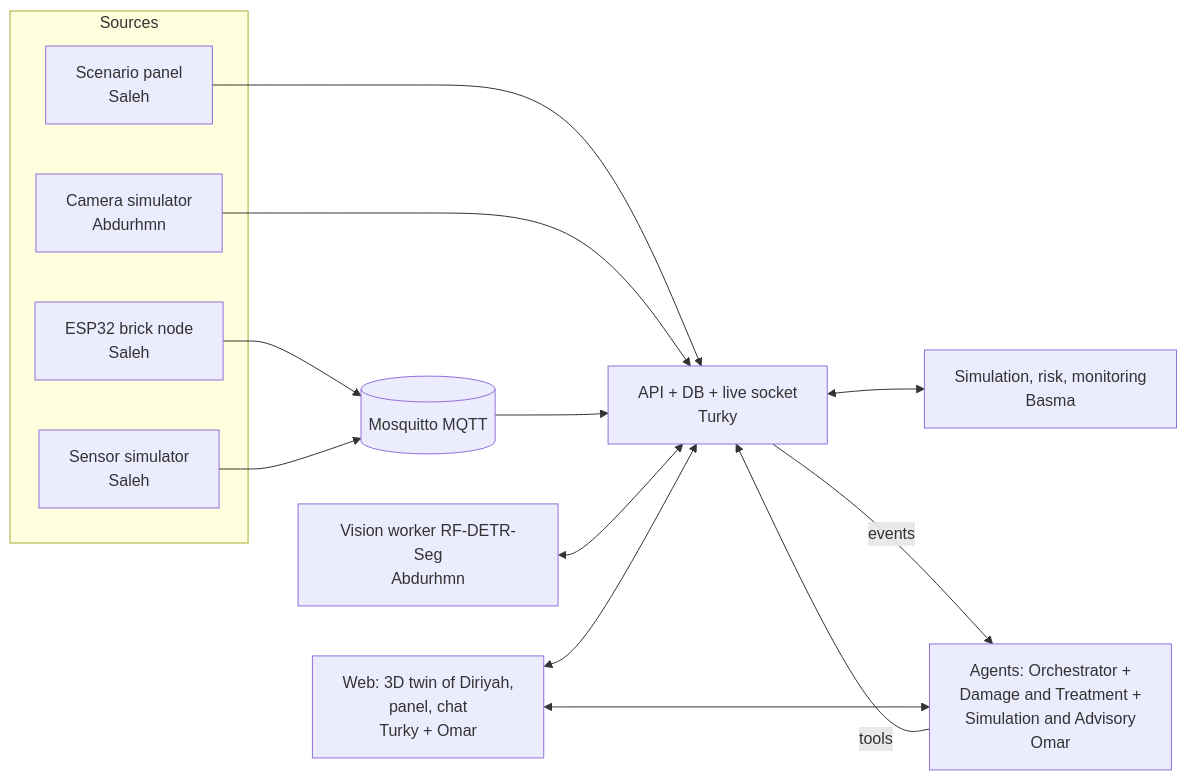
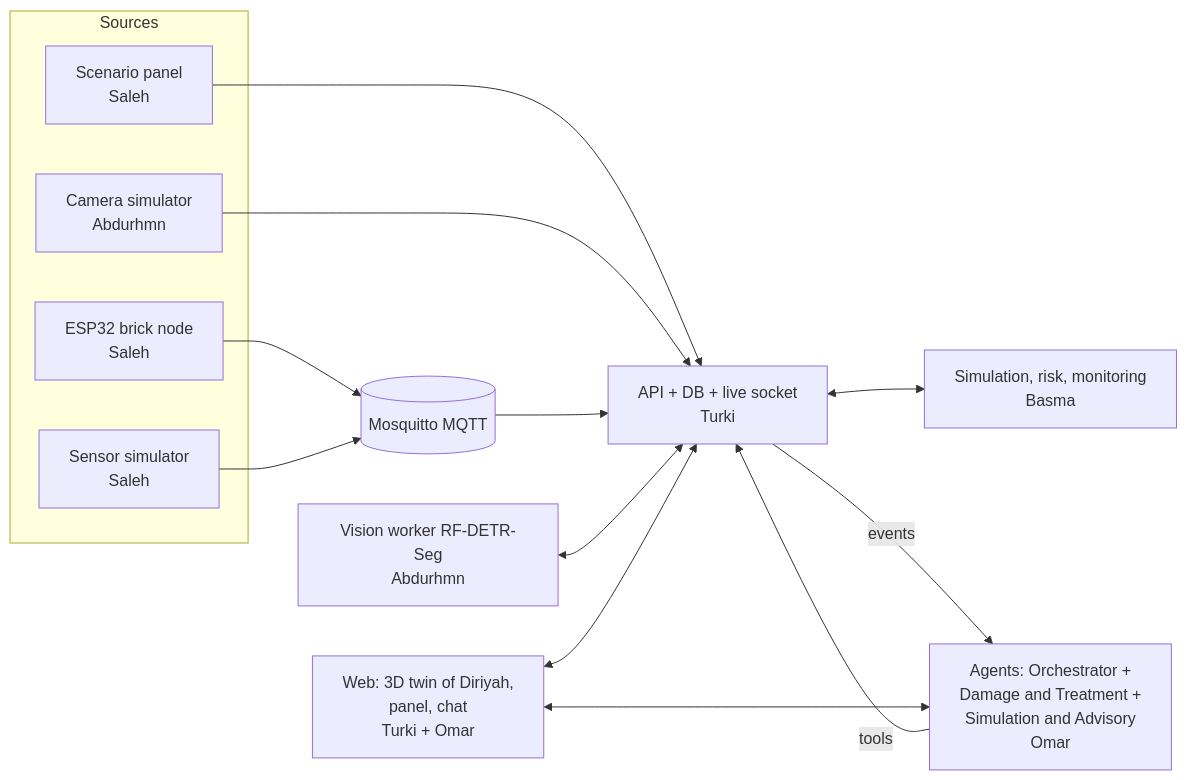
Before and after one commit to oShuail/Hadaq-AgentX: the diagram in README.md, drawn with Mermaid. The commit also changed other lines of this file and 13 other files, not shown here.

First line of the commit message:
Fix the spelling of Turki's name (was Turky)

````diff
--- a/README.md
+++ b/README.md
@@ -14,27 +14,27 @@
 ```mermaid
 flowchart LR
   subgraph Sources
     ESP[ESP32 brick node<br/>Saleh]
     SIM[Sensor simulator<br/>Saleh]
     CAM[Camera simulator<br/>Abdurhmn]
     PANEL[Scenario panel<br/>Saleh]
   end
   MQTT[(Mosquitto MQTT)]
-  API[API + DB + live socket<br/>Turky]
+  API[API + DB + live socket<br/>Turki]
   SIMENG[Simulation, risk, monitoring<br/>Basma]
   VIS[Vision worker RF-DETR-Seg<br/>Abdurhmn]
   AG[Agents: Orchestrator +<br/>Damage and Treatment +<br/>Simulation and Advisory<br/>Omar]
-  WEB[Web: 3D twin of Diriyah,<br/>panel, chat<br/>Turky + Omar]
+  WEB[Web: 3D twin of Diriyah,<br/>panel, chat<br/>Turki + Omar]
 
   ESP --> MQTT
   SIM --> MQTT
   PANEL --> API
   CAM --> API
   MQTT --> API
   API <--> SIMENG
   VIS <--> API
   API -- events --> AG
   AG -- tools --> API
   WEB <--> API
   WEB <--> AG
 ```
````
